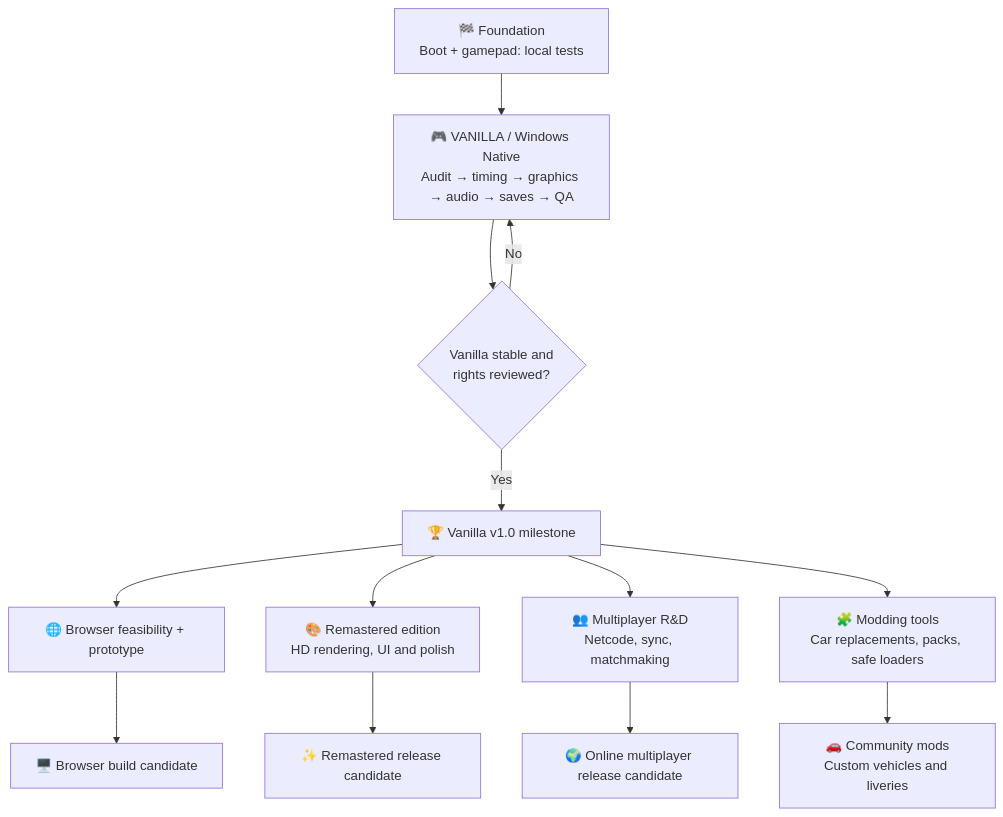
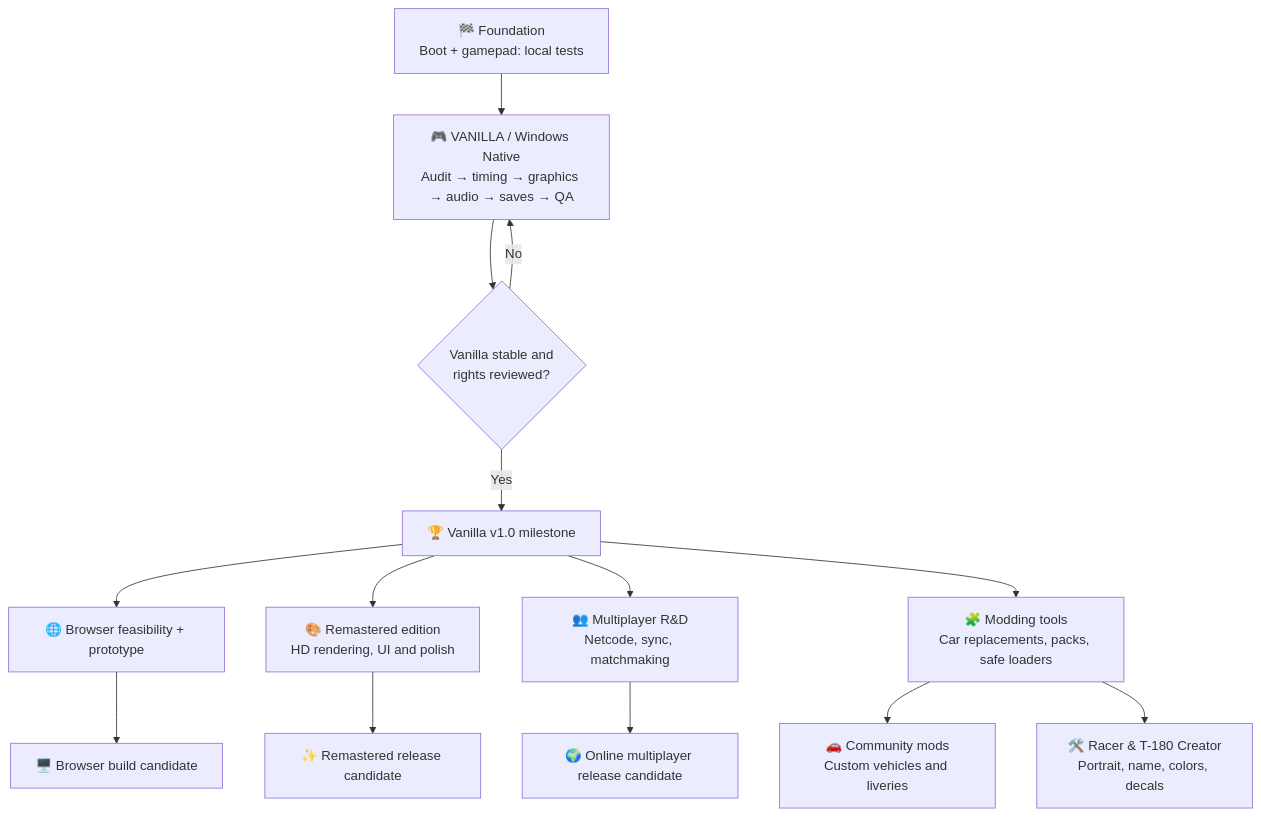
Before and after one commit to killeiro/Speed-Racer-Native-Port: the diagram in ROADMAP.md, drawn with Mermaid. The commit also changed other lines of this file, not shown here.

Commit message:
docs: roadmap shader texture modding and racer garage creator

````diff
--- a/ROADMAP.md
+++ b/ROADMAP.md
@@ -9,15 +9,16 @@
 ```mermaid
 flowchart TD
   A["🏁 Foundation<br/>Boot + gamepad: local tests"] --> B["🎮 VANILLA / Windows Native<br/>Audit → timing → graphics → audio → saves → QA"]
   B --> C{"Vanilla stable and<br/>rights reviewed?"}
   C -->|No| B
   C -->|Yes| D["🏆 Vanilla v1.0 milestone"]
   D --> E["🌐 Browser feasibility + prototype"]
   D --> F["🎨 Remastered edition<br/>HD rendering, UI and polish"]
   D --> G["👥 Multiplayer R&D<br/>Netcode, sync, matchmaking"]
   D --> M["🧩 Modding tools<br/>Car replacements, packs, safe loaders"]
   M --> N["🚗 Community mods<br/>Custom vehicles and liveries"]
+  M --> O["🛠️ Racer & T-180 Creator<br/>Portrait, name, colors, decals"]
   F --> H["✨ Remastered release candidate"]
   G --> I["🌍 Online multiplayer release candidate"]
   E --> J["🖥️ Browser build candidate"]
 ```
````
